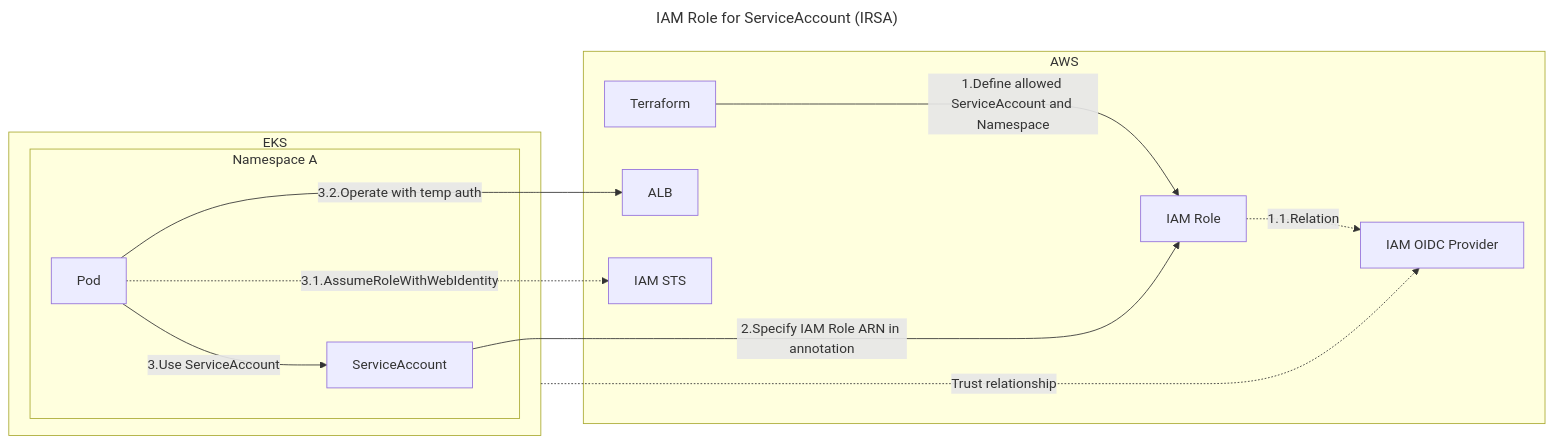
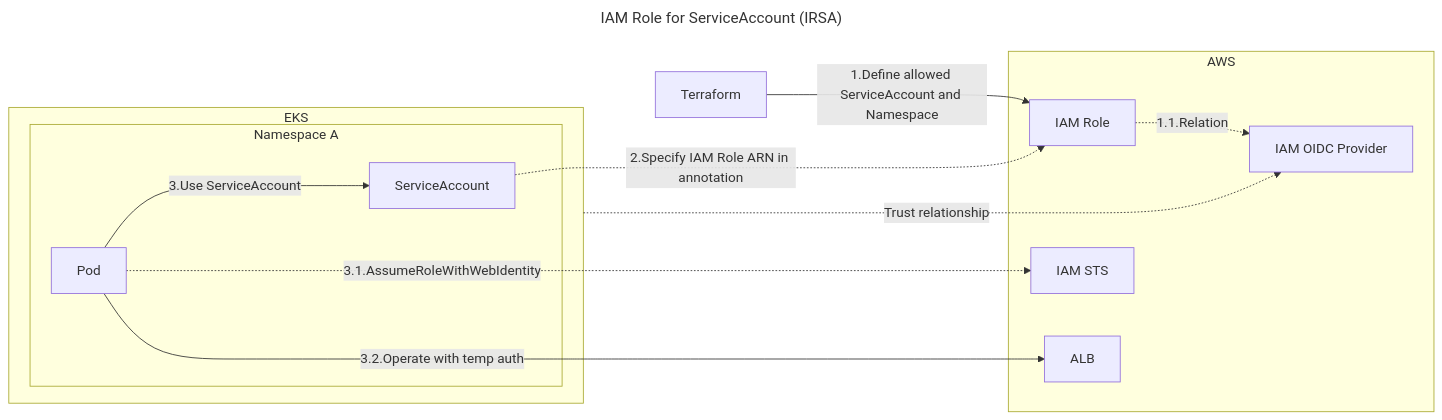
The second of 2 diagrams in README.md (guitarrapc/kubernetes-lab), drawn with Mermaid before and after one commit.

````diff
--- a/README.md
+++ b/README.md
@@ -66,27 +66,27 @@
 ```mermaid
 ---
 title: IAM Role for ServiceAccount (IRSA)
 ---
 flowchart LR
+Terraform
 subgraph AWS
-  Terraform
   IAMRole["IAM Role"]
   IAMOIDC["IAM OIDC Provider"]
   ALB
   IAMSTS["IAM STS"]
 end
 subgraph EKS
   subgraph "Namespace A"
     ServiceAccount
     Pod
   end
 end
 
-EKS -."Trust relationship"....-> IAMOIDC
-Terraform --"1.Define allowed ServiceAccount and Namespace"---> IAMRole
+EKS -."Trust relationship"...-> IAMOIDC
+Terraform --"1.Define allowed ServiceAccount and Namespace"--> IAMRole
 IAMRole -."1.1.Relation".-> IAMOIDC
-ServiceAccount --"2.Specify IAM Role ARN in annotation"--> IAMRole
-Pod --"3.Use ServiceAccount"--> ServiceAccount
+ServiceAccount -."2.Specify IAM Role ARN in annotation".-> IAMRole
+Pod --"3.Use ServiceAccount"---> ServiceAccount
 Pod -."3.1.AssumeRoleWithWebIdentity"..-> IAMSTS
 Pod --"3.2.Operate with temp auth"---> ALB
 ```
````
